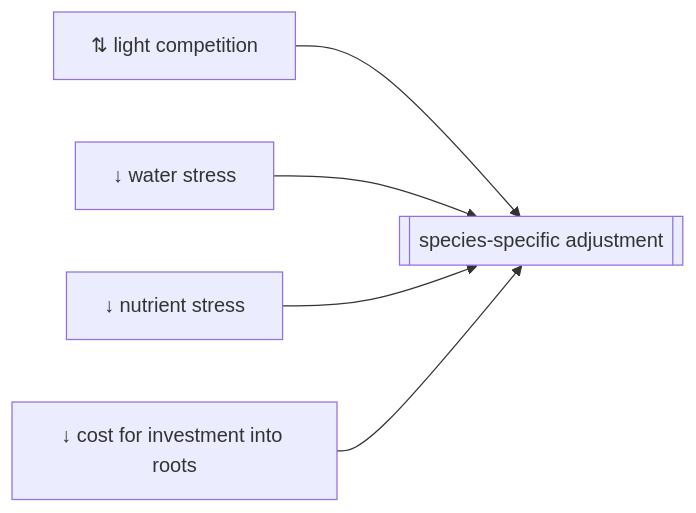
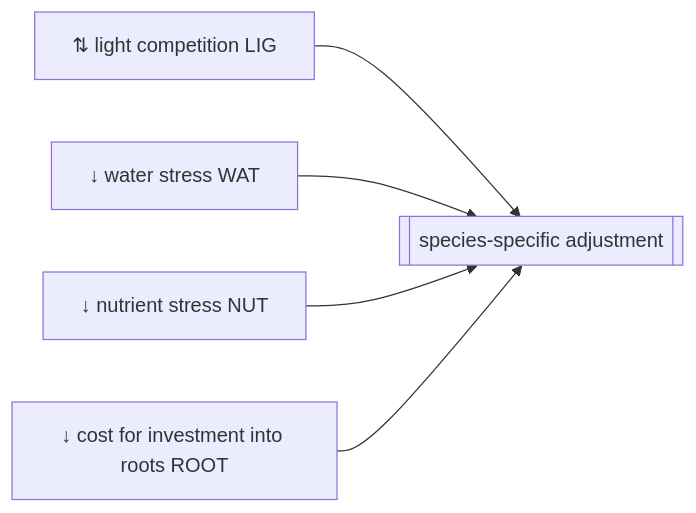
One commit to FelixNoessler/GrasslandTraitSim.jl changed the diagram in docs/src/model/biomass/growth_species_specific.md. Above: the diagram before and after it, drawn with Mermaid. The commit also changed 10 other files, not shown here.

````diff
--- a/docs/src/model/biomass/growth_species_specific.md
+++ b/docs/src/model/biomass/growth_species_specific.md
@@ -9,11 +9,11 @@
 ```mermaid
 flowchart LR
-    F[⇅ light competition] --> C[[species-specific adjustment]]
-    H[↓ water stress] -->  C
-    I[↓ nutrient stress] --> C
-    L[↓ cost for investment into roots] --> C
+    F[⇅ light competition LIG] --> C[[species-specific adjustment]]
+    H[↓ water stress WAT] -->  C
+    I[↓ nutrient stress NUT] --> C
+    L[↓ cost for investment into roots ROOT] --> C
 click F "growth_species_specific_light" "Go"
 click H "growth_species_specific_water" "Go"
 click I "growth_species_specific_nutrients" "Go"
 click L "growth_species_specific_roots" "Go"
 ```
````
